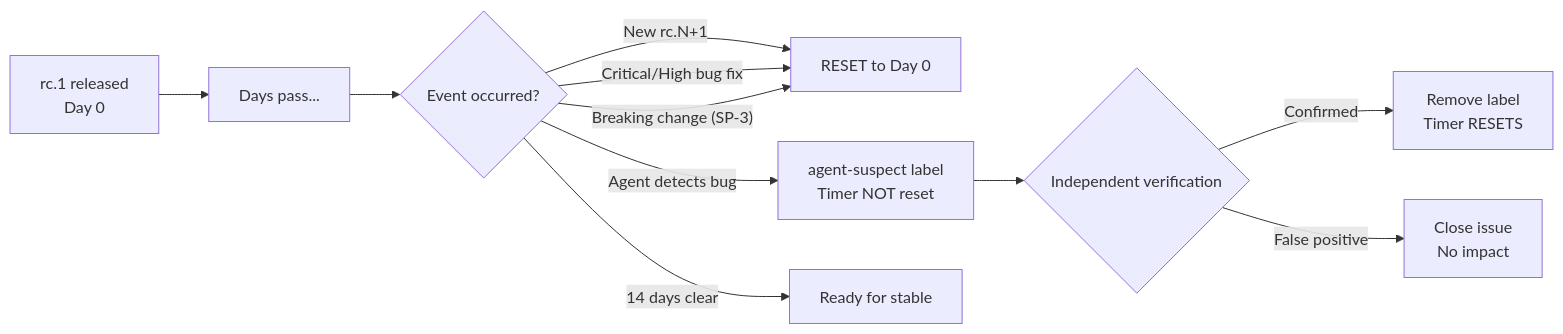
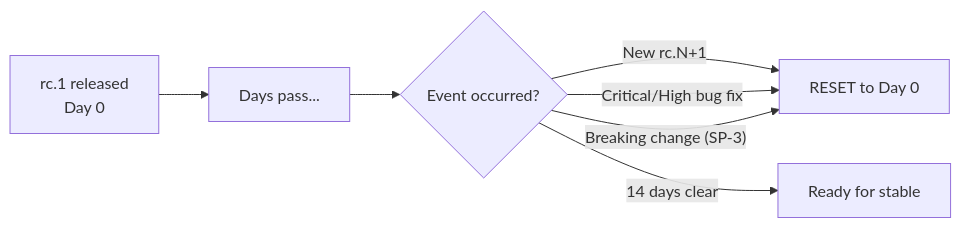
Before and after one commit to kent8192/reinhardt-web: the fifth of 5 diagrams in instructions/STABILITY_POLICY.md, drawn with Mermaid. The commit also changed other lines of this file and 5 other files, not shown here.

Commit message:
docs(policy): remove agent-suspect issue handling

````diff
--- a/instructions/STABILITY_POLICY.md
+++ b/instructions/STABILITY_POLICY.md
@@ -624,13 +624,9 @@
 ```mermaid
 flowchart LR
     A["rc.1 released<br/>Day 0"] --> B["Days pass..."]
     B --> C{Event occurred?}
     C -->|"New rc.N+1"| D["RESET to Day 0"]
     C -->|"Critical/High bug fix"| D
     C -->|"Breaking change (SP-3)"| D
-    C -->|"Agent detects bug"| E["agent-suspect label<br/>Timer NOT reset"]
-    E --> F{Independent verification}
-    F -->|Confirmed| G["Remove label<br/>Timer RESETS"]
-    F -->|False positive| H["Close issue<br/>No impact"]
     C -->|"14 days clear"| I["Ready for stable"]
 ```
````
